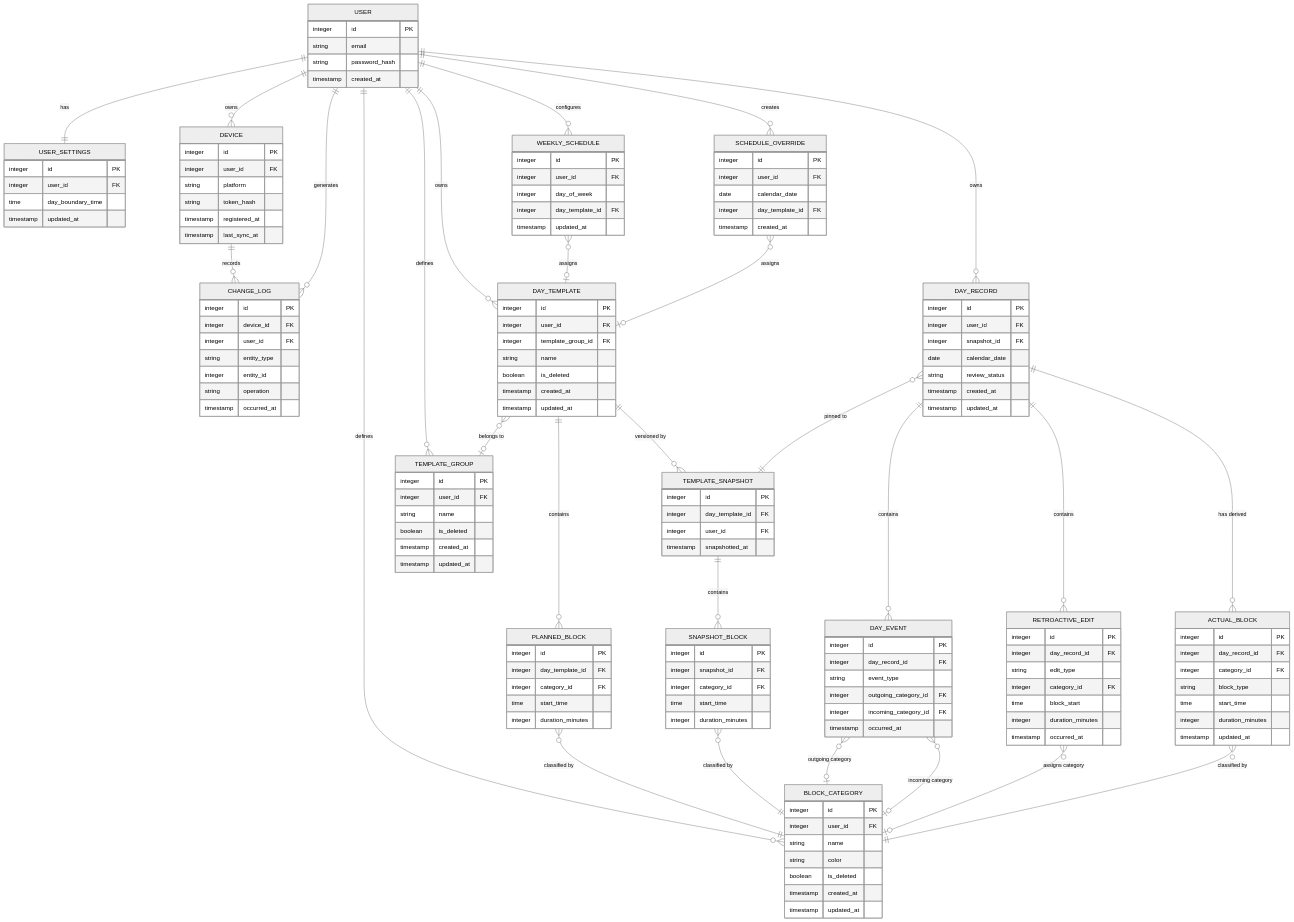
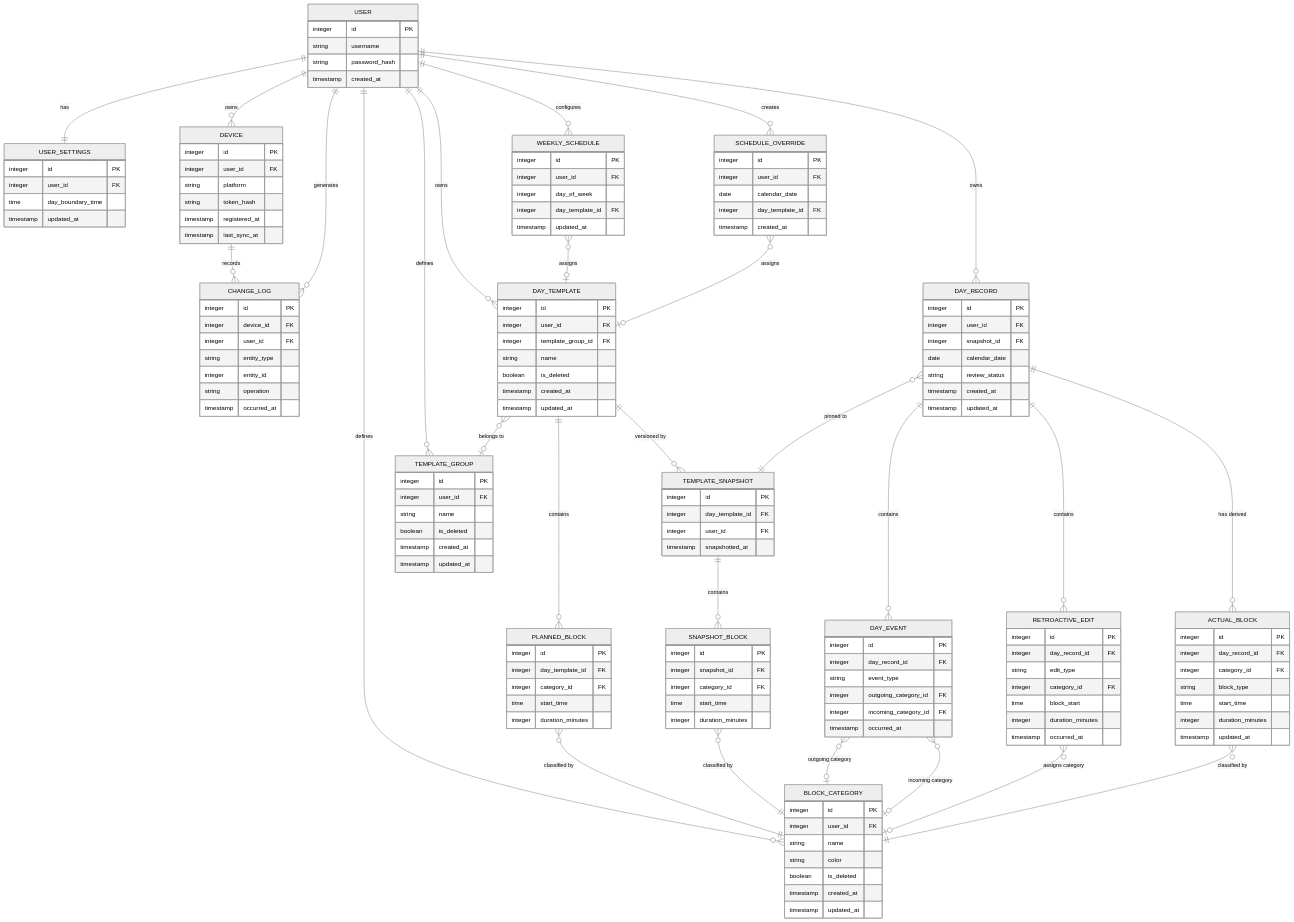
Before and after one commit to sem0ark/todo-planner: the diagram in docs/API and DB.md, drawn with Mermaid (neutral theme). The commit also changed other lines of this file and 2 other files, not shown here.

```diff
--- a/docs/API and DB.md
+++ b/docs/API and DB.md
@@ -59,7 +59,7 @@
 
     USER {
         integer id PK
-        string email
+        string username
         string password_hash
         timestamp created_at
     }
```
